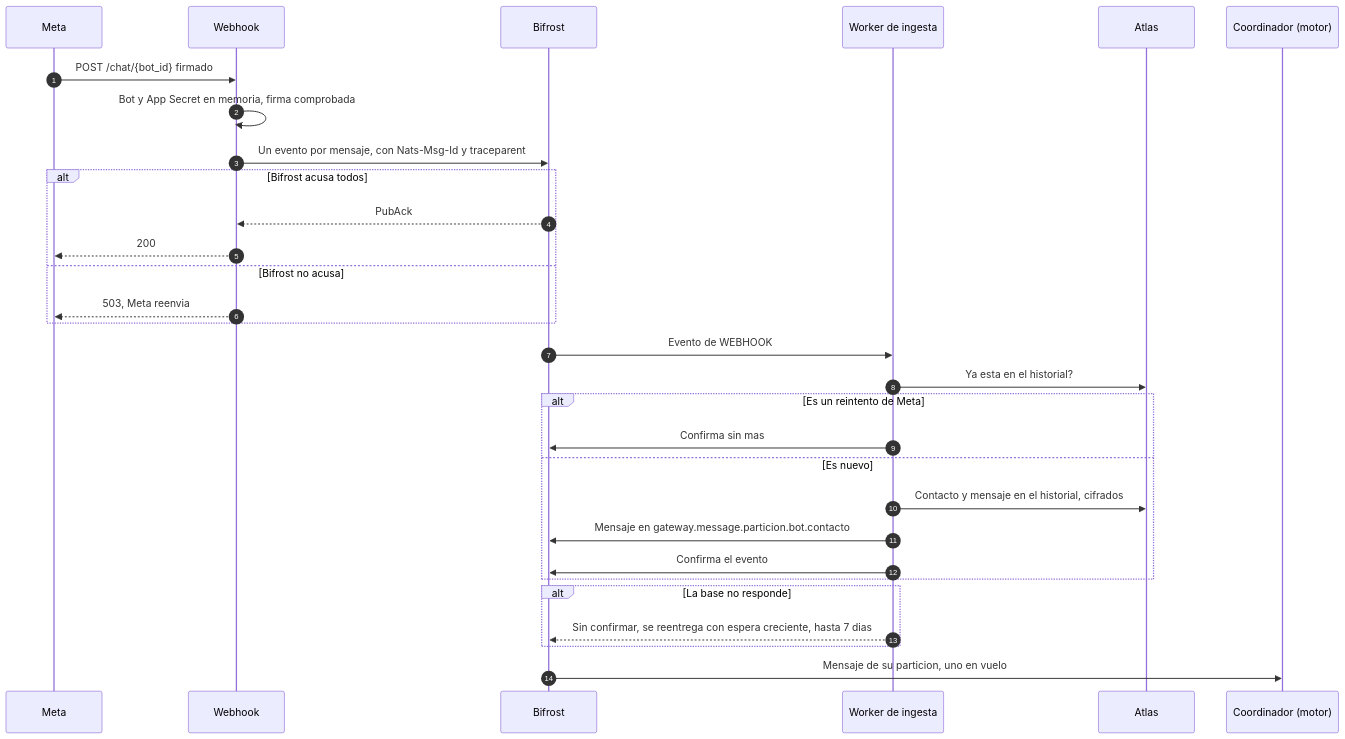
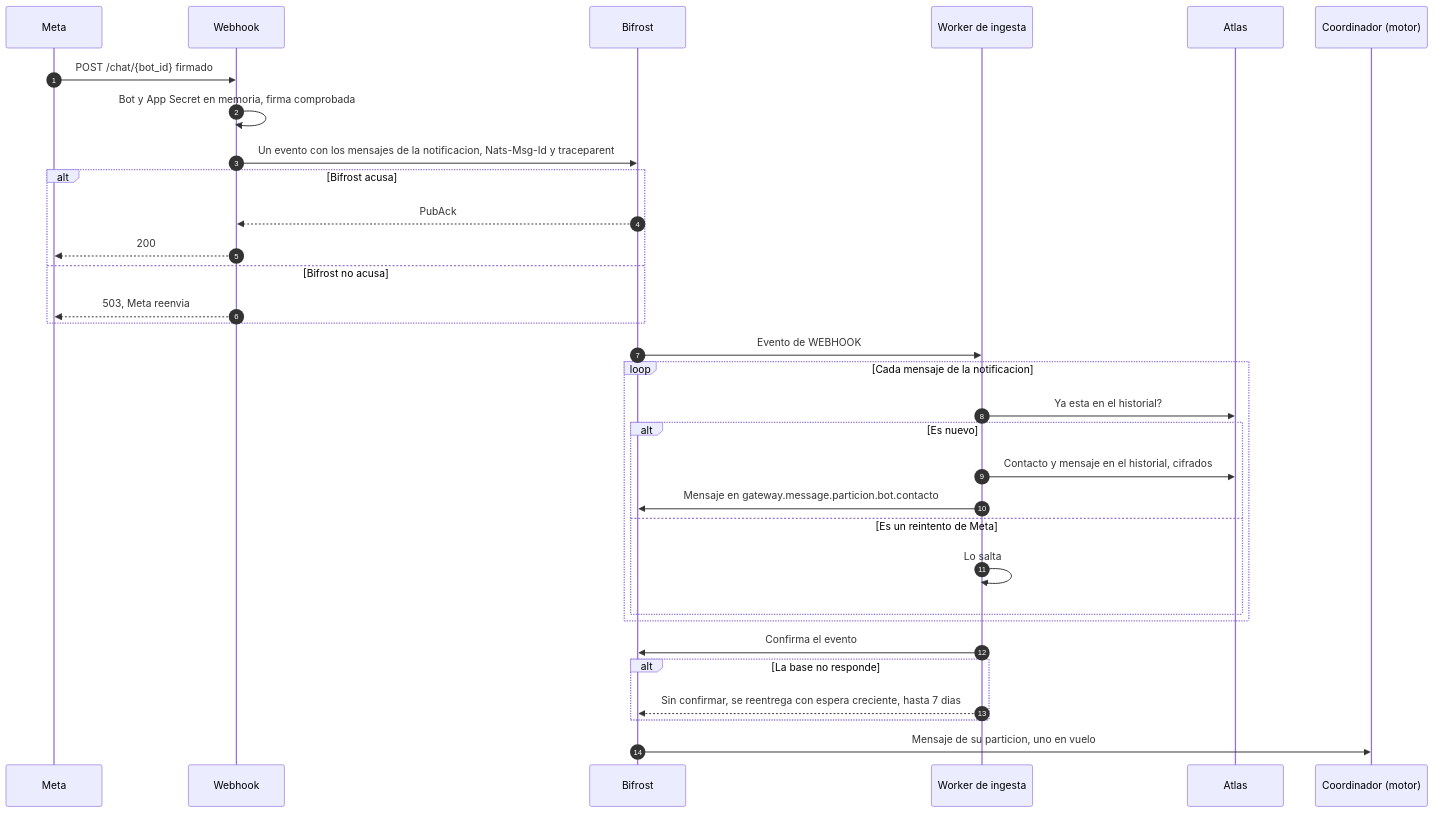
The ninth of 10 diagrams in docs/02-design/architecture.md (jeremialcala/wh-python-fastapi-messenger), drawn with Mermaid before and after one commit. The commit also changed other lines of this file and 7 other files, not shown here.

````diff
--- a/docs/02-design/architecture.md
+++ b/docs/02-design/architecture.md
@@ -406,32 +406,34 @@
 ```mermaid
 sequenceDiagram
     autonumber
     participant M as Meta
     participant W as Webhook
     participant B as Bifrost
     participant I as Worker de ingesta
     participant A as Atlas
     participant C as Coordinador (motor)
     M->>W: POST /chat/{bot_id} firmado
     W->>W: Bot y App Secret en memoria, firma comprobada
-    W->>B: Un evento por mensaje, con Nats-Msg-Id y traceparent
-    alt Bifrost acusa todos
+    W->>B: Un evento con los mensajes de la notificacion, Nats-Msg-Id y traceparent
+    alt Bifrost acusa
         B-->>W: PubAck
         W-->>M: 200
     else Bifrost no acusa
         W-->>M: 503, Meta reenvia
     end
     B->>I: Evento de WEBHOOK
-    I->>A: Ya esta en el historial?
-    alt Es un reintento de Meta
-        I->>B: Confirma sin mas
-    else Es nuevo
-        I->>A: Contacto y mensaje en el historial, cifrados
-        I->>B: Mensaje en gateway.message.particion.bot.contacto
-        I->>B: Confirma el evento
+    loop Cada mensaje de la notificacion
+        I->>A: Ya esta en el historial?
+        alt Es nuevo
+            I->>A: Contacto y mensaje en el historial, cifrados
+            I->>B: Mensaje en gateway.message.particion.bot.contacto
+        else Es un reintento de Meta
+            I->>I: Lo salta
+        end
     end
+    I->>B: Confirma el evento
     alt La base no responde
         I-->>B: Sin confirmar, se reentrega con espera creciente, hasta 7 dias
     end
     B->>C: Mensaje de su particion, uno en vuelo
 ```
````
